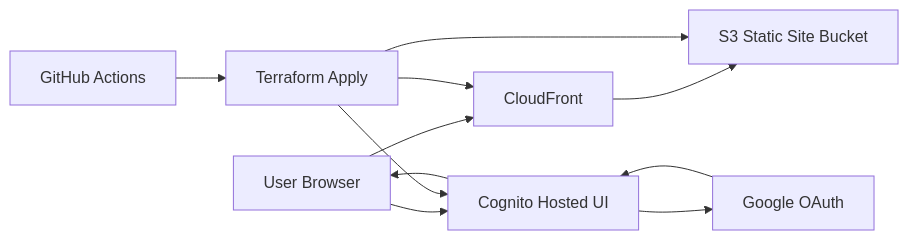
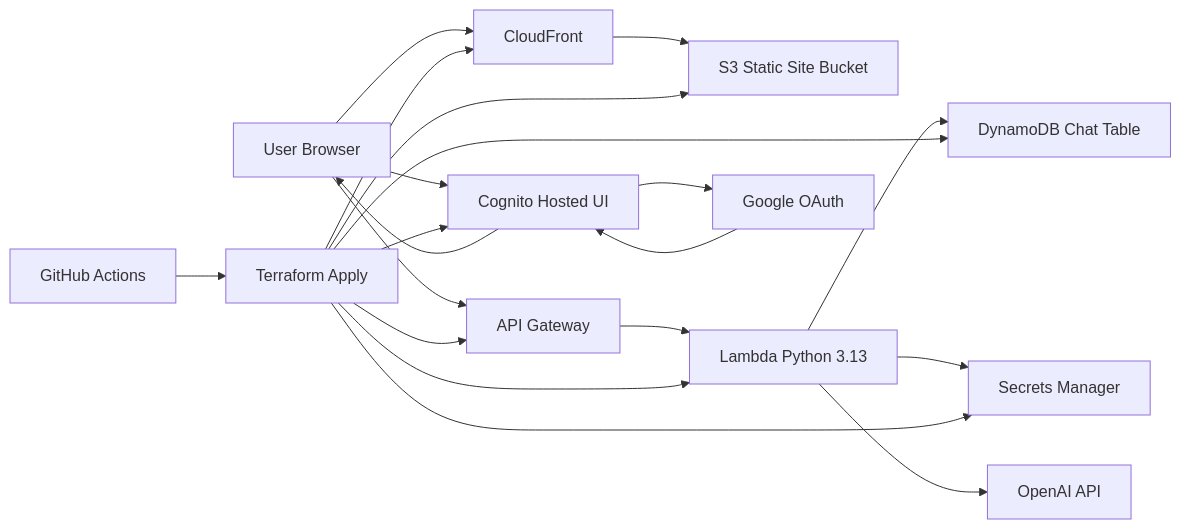
One commit to ray-chunkit-chung/oauth2-cognito changed the first of 3 diagrams in README.md. Above: the diagram before and after it, drawn with Mermaid. The commit also changed other lines of this file and 14 other files, not shown here.

````diff
--- a/README.md
+++ b/README.md
@@ -56,23 +82,37 @@
 ```mermaid
 flowchart LR
   User[User Browser]
   CF[CloudFront]
   S3[S3 Static Site Bucket]
+  API[API Gateway]
+  L[Lambda Python 3.13]
+  DDB[DynamoDB Chat Table]
+  SM[Secrets Manager]
+  OAI[OpenAI API]
   Cognito[Cognito Hosted UI]
   Google[Google OAuth]
   GHA[GitHub Actions]
   TF[Terraform Apply]
 
   User --> CF
   CF --> S3
+  User --> API
+  API --> L
+  L --> DDB
+  L --> SM
+  L --> OAI
 
   User --> Cognito
   Cognito --> Google
   Google --> Cognito
   Cognito --> User
 
   GHA --> TF
   TF --> CF
   TF --> S3
+  TF --> API
+  TF --> L
+  TF --> DDB
+  TF --> SM
   TF --> Cognito
 ```
````
